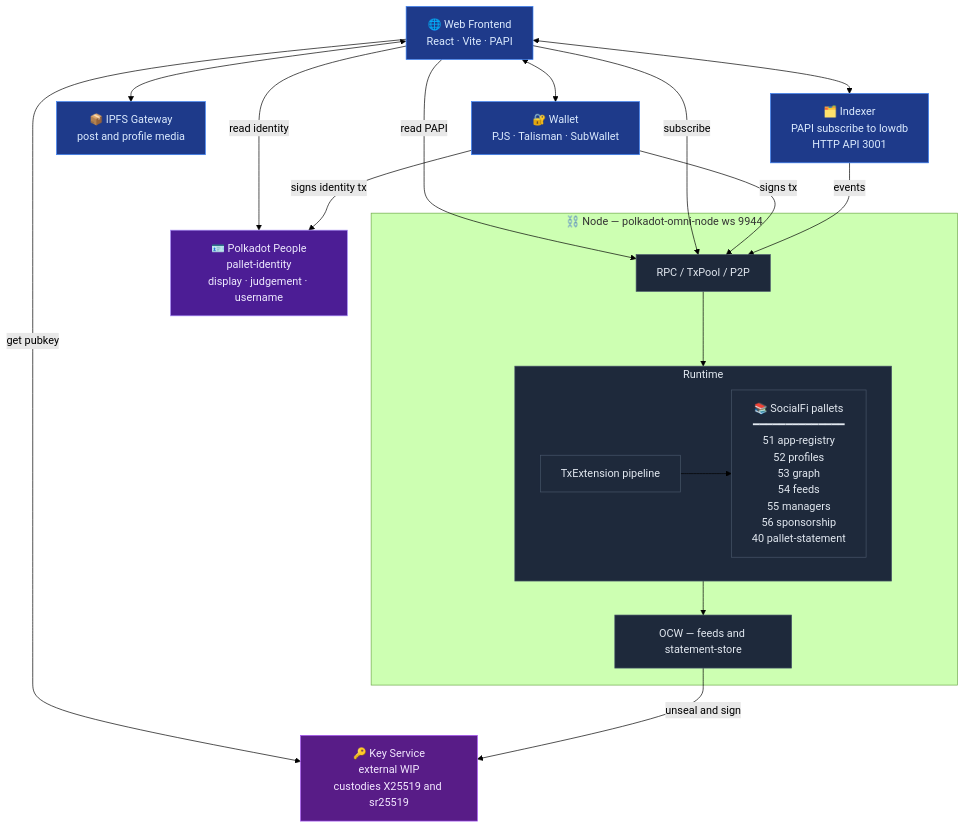
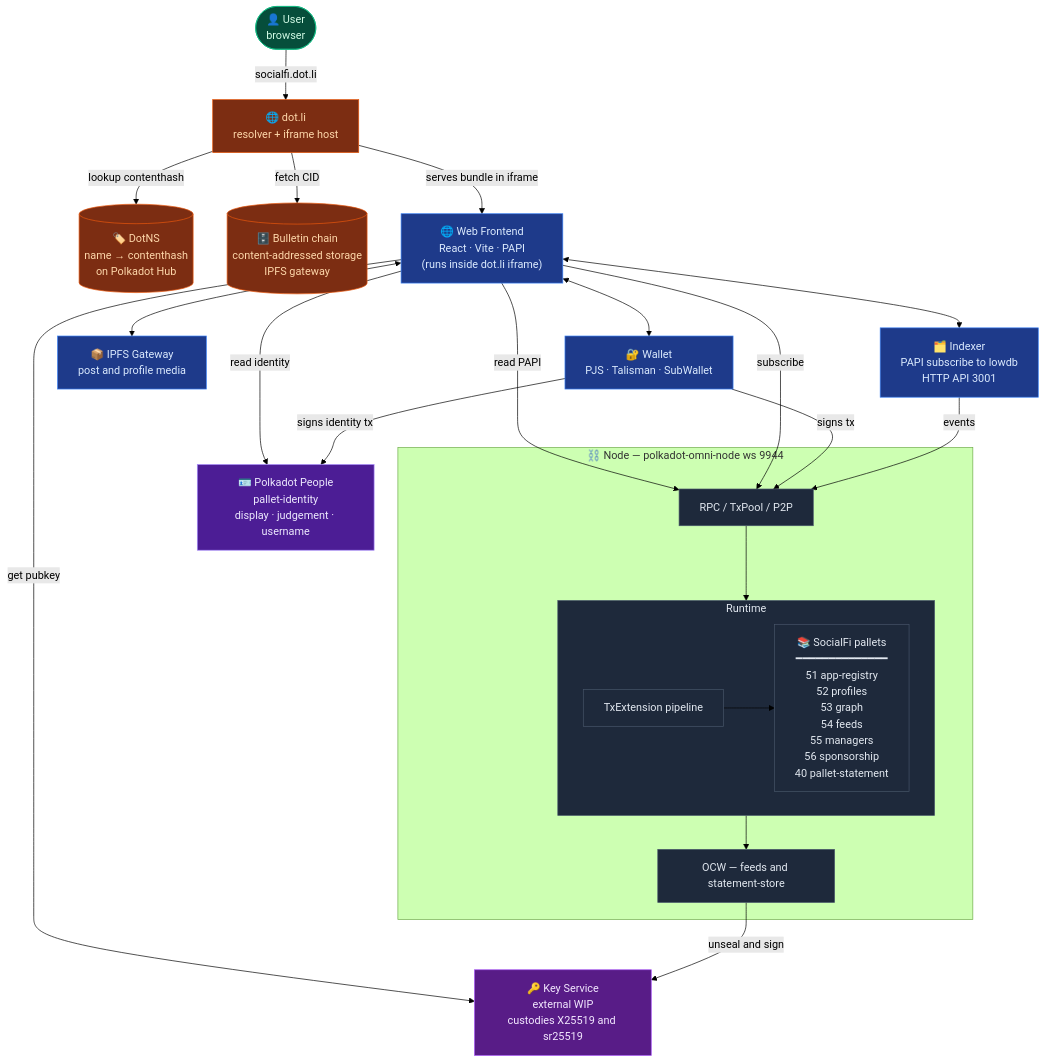
Before and after one commit to germankuber/socialfi-protocol: the diagram in README.md, drawn with Mermaid (forest theme). The commit also changed other lines of this file, not shown here.

Commit message:
docs(readme): add delivery path — user, dot.li, DotNS lookup, Bulletin fetch
Modelled how the bundle reaches the user end-to-end:

- User actor opens https://socialfi.dot.li

- dot.li resolves the name on DotNS (Polkadot Hub TestNet) to a contenthash

- dot.li fetches the CID from Bulletin's IPFS-compatible gateway (paseo-ipfs.polkadot.io) — not a generic gateway, those don't understand Bulletin

- dot.li mounts the bundle inside a sandboxed iframe; the Vite app runs inside and does its own PAPI / wallet / indexer traffic from there

Three new coloured classes were added so the delivery pipeline (dot.li + DotNS + Bulletin) is visually distinct from the runtime-path components, and a dataflow bullet was added to spell the sequence out in prose. This addresses two related user-facing behaviours noted earlier: the 'iframe sandbox' warning visible in the deployed bundle's console, and the fact that dot.li is where the dapp actually lives for anyone visiting socialfi.dot.li.

````diff
--- a/README.md
+++ b/README.md
@@ -15,46 +15,60 @@
 ```mermaid
 flowchart TB
+    User(["👤 User<br/>browser"])
+    DotLi["🌐 dot.li<br/>resolver + iframe host"]
+    DotNS[("🏷️ DotNS<br/>name → contenthash<br/>on Polkadot Hub")]
+    Bulletin[("🗄️ Bulletin chain<br/>content-addressed storage<br/>IPFS gateway")]
+
     Wallet["🔐 Wallet<br/>PJS · Talisman · SubWallet"]
     IPFS["📦 IPFS Gateway<br/>post and profile media"]
-    Front["🌐 Web Frontend<br/>React · Vite · PAPI"]
+    Front["🌐 Web Frontend<br/>React · Vite · PAPI<br/>(runs inside dot.li iframe)"]
     Indexer["🗂️ Indexer<br/>PAPI subscribe to lowdb<br/>HTTP API 3001"]
     KS["🔑 Key Service<br/>external WIP<br/>custodies X25519 and sr25519"]
     People["🪪 Polkadot People<br/>pallet-identity<br/>display · judgement · username"]
 
     subgraph Node["⛓️ Node — polkadot-omni-node ws 9944"]
         RPC["RPC / TxPool / P2P"]
         subgraph RT["Runtime"]
             TxExt["TxExtension pipeline"]
             Pallets["📚 SocialFi pallets<br/>━━━━━━━━━━━━━━<br/>51 app-registry<br/>52 profiles<br/>53 graph<br/>54 feeds<br/>55 managers<br/>56 sponsorship<br/>40 pallet-statement"]
             TxExt --> Pallets
         end
         OCW["OCW — feeds and statement-store"]
         RPC --> RT
         RT --> OCW
     end
+
+    User -- "socialfi.dot.li" --> DotLi
+    DotLi -- "lookup contenthash" --> DotNS
+    DotLi -- "fetch CID" --> Bulletin
+    DotLi -- "serves bundle in iframe" --> Front
 
     Front <--> Wallet
     Front <--> IPFS
     Front <--> Indexer
 
     Front -- "read PAPI" --> RPC
     Front -- "subscribe" --> RPC
 
     Wallet -- "signs tx" --> RPC
 
     Front -- "read identity" --> People
     Wallet -- "signs identity tx" --> People
 
     Indexer -- "events" --> RPC
     Front -- "get pubkey" --> KS
     OCW -- "unseal and sign" --> KS
 
+    classDef actor fill:#064e3b,color:#d1fae5,stroke:#10b981
+    classDef delivery fill:#7c2d12,color:#fed7aa,stroke:#ea580c
     classDef user fill:#1e3a8a,color:#dbeafe,stroke:#3b82f6
     classDef chain fill:#1e293b,color:#e2e8f0,stroke:#475569
     classDef external fill:#581c87,color:#f3e8ff,stroke:#a855f7
     classDef people fill:#4c1d95,color:#ede9fe,stroke:#a78bfa
+    class User actor
+    class DotLi,DotNS,Bulletin delivery
     class Wallet,Front,IPFS,Indexer user
     class RPC,RT,OCW,TxExt,Pallets chain
     class KS external
     class People people
 ```
````
